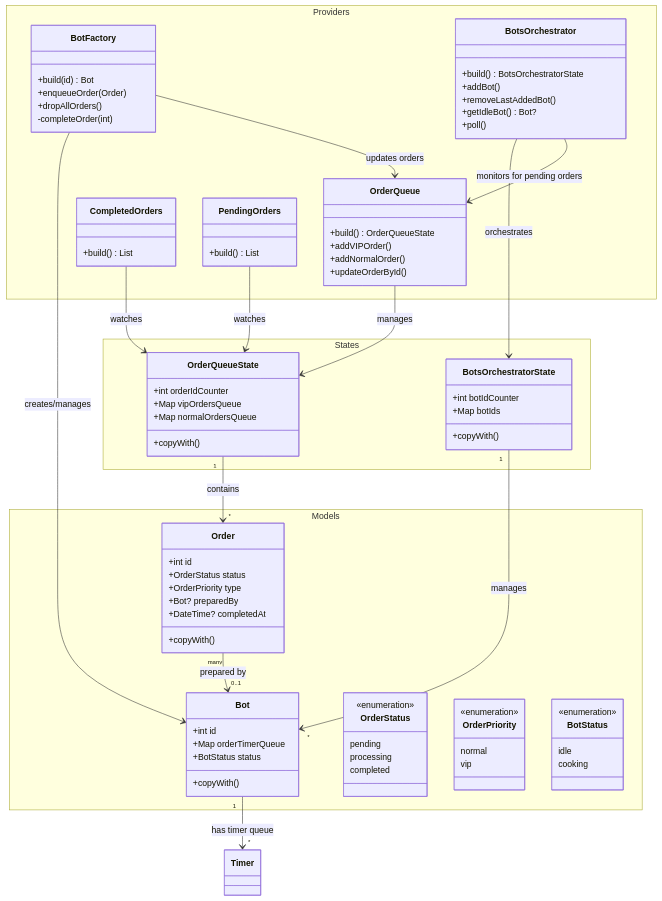
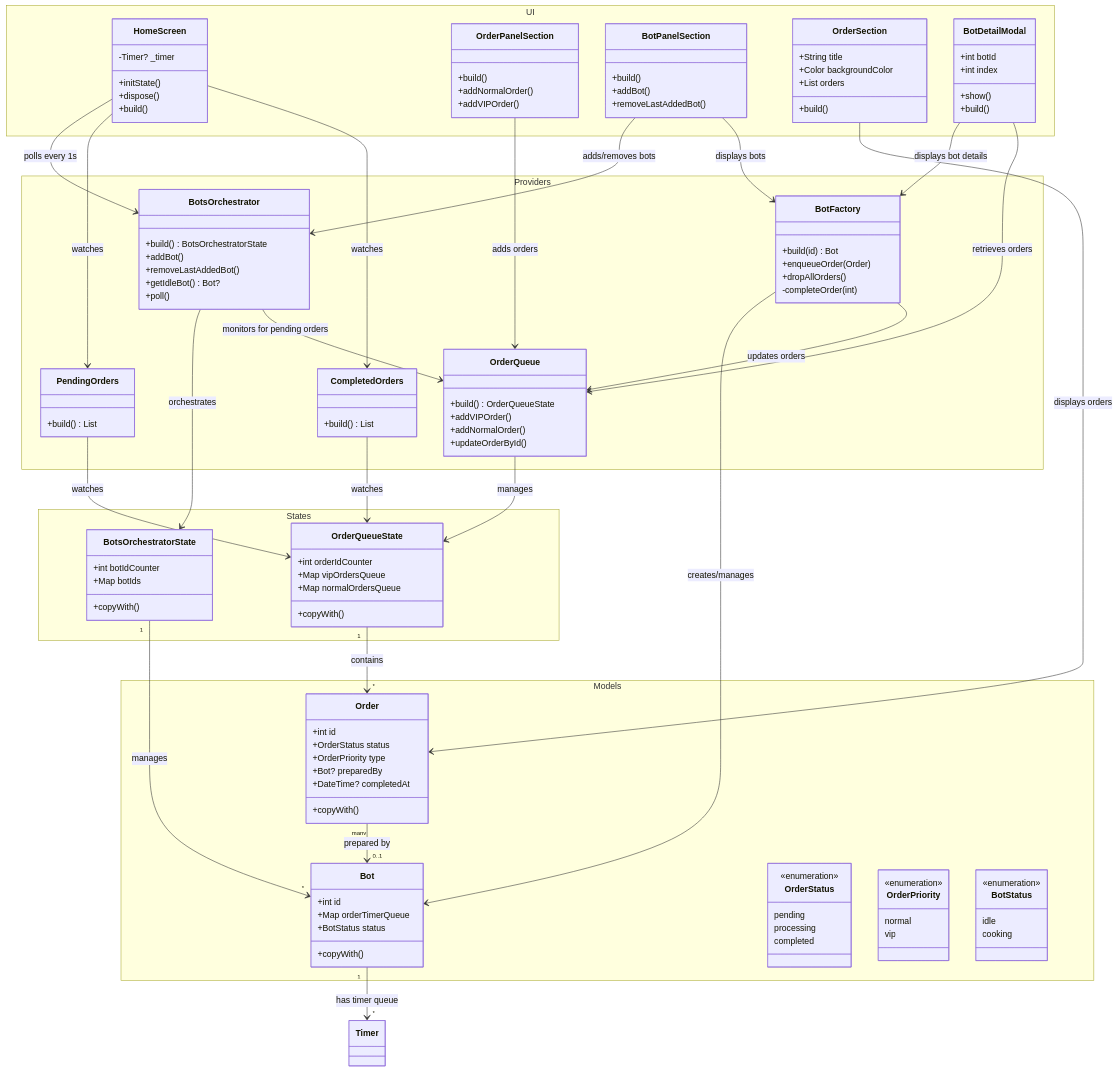
Before and after one commit to leeliwei930/se-take-home-assignment: the diagram in docs/Docs/Architecture and decision making of this project.md, drawn with Mermaid. The commit also changed 1 other file, not shown here.

Commit message:
Include UI in architecture diagram

````diff
--- a/docs/Docs/Architecture and decision making of this project.md
+++ b/docs/Docs/Architecture and decision making of this project.md
@@ -181,6 +181,41 @@
         }
     }
     
+    namespace UI {
+        class HomeScreen {
+            -Timer? _timer
+            +initState()
+            +dispose()
+            +build()
+        }
+        
+        class OrderPanelSection {
+            +build()
+            +addNormalOrder()
+            +addVIPOrder()
+        }
+        
+        class BotPanelSection {
+            +build()
+            +addBot()
+            +removeLastAddedBot()
+        }
+        
+        class OrderSection {
+            +String title
+            +Color backgroundColor
+            +List<Order> orders
+            +build()
+        }
+        
+        class BotDetailModal {
+            +int botId
+            +int index
+            +show()
+            +build()
+        }
+    }
+    
     Order "many" --> "0..1" Bot : prepared by
     Bot "1" --> "*" Timer : has timer queue
     
@@ -196,4 +231,16 @@
     
     CompletedOrders --> OrderQueueState : watches
     PendingOrders --> OrderQueueState : watches
+    
+    HomeScreen --> BotsOrchestrator : polls every 1s
+    HomeScreen --> PendingOrders : watches
+    HomeScreen --> CompletedOrders : watches
+    
+    OrderPanelSection --> OrderQueue : adds orders
+    BotPanelSection --> BotsOrchestrator : adds/removes bots
+    BotPanelSection --> BotFactory : displays bots
+    BotDetailModal --> BotFactory : displays bot details
+    BotDetailModal --> OrderQueue : retrieves orders
+    
+    OrderSection --> Order : displays orders
 ```
````
